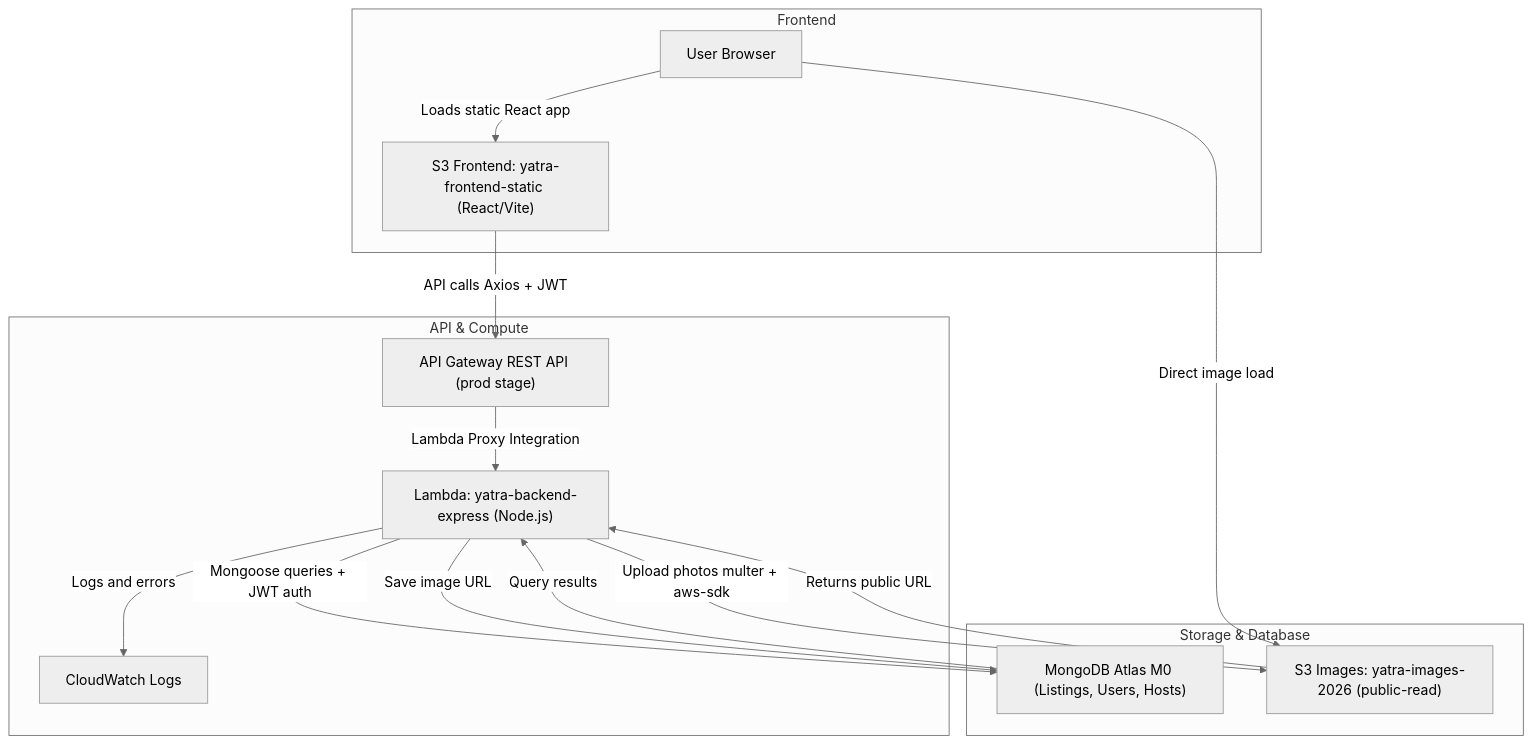
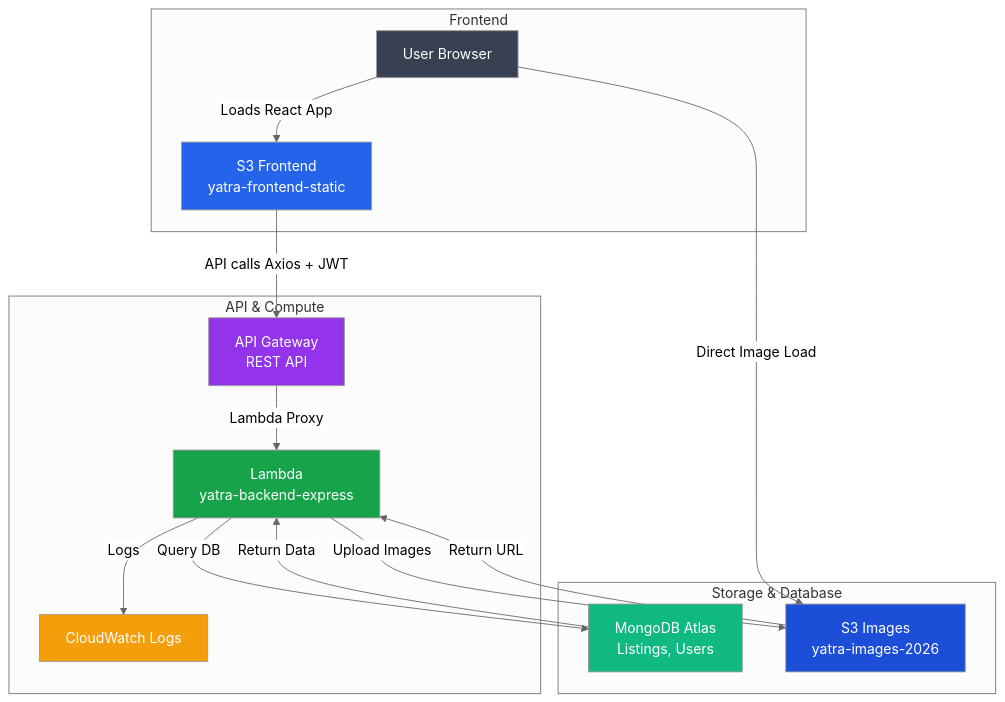
One commit to Dev-Dwuti-Das/Yatra. changed the diagram in README.md. Above: the diagram before and after it, drawn with Mermaid (neutral theme). The commit also changed other lines of this file, not shown here.

````diff
--- a/README.md
+++ b/README.md
@@ -12,36 +11,43 @@
 ```mermaid
 flowchart TB
 
 subgraph Frontend
     User["User Browser"]
-    S3Frontend["S3 Frontend: yatra-frontend-static (React/Vite)"]
+    S3Frontend["S3 Frontend<br/>yatra-frontend-static"]
 end
 
 subgraph "API & Compute"
-    APIGateway["API Gateway REST API (prod stage)"]
-    Lambda["Lambda: yatra-backend-express (Node.js)"]
+    APIGateway["API Gateway<br/>REST API"]
+    Lambda["Lambda<br/>yatra-backend-express"]
     CloudWatch["CloudWatch Logs"]
 end
 
 subgraph "Storage & Database"
-    MongoDB["MongoDB Atlas M0 (Listings, Users, Hosts)"]
-    S3Images["S3 Images: yatra-images-2026 (public-read)"]
+    MongoDB["MongoDB Atlas<br/>Listings, Users"]
+    S3Images["S3 Images<br/>yatra-images-2026"]
 end
 
-User -->|Loads static React app| S3Frontend
+User -->|Loads React App| S3Frontend
+S3Frontend -->|API calls Axios + JWT| APIGateway
+APIGateway -->|Lambda Proxy| Lambda
 
-S3Frontend -->|API calls Axios + JWT| APIGateway
-APIGateway -->|Lambda Proxy Integration| Lambda
+Lambda -->|Logs| CloudWatch
 
-Lambda -->|Logs and errors| CloudWatch
+Lambda -->|Query DB| MongoDB
+MongoDB -->|Return Data| Lambda
 
-Lambda -->|Mongoose queries + JWT auth| MongoDB
-MongoDB -->|Query results| Lambda
+Lambda -->|Upload Images| S3Images
+S3Images -->|Return URL| Lambda
 
-Lambda -->|Upload photos multer + aws-sdk| S3Images
-S3Images -->|Returns public URL| Lambda
+User -->|Direct Image Load| S3Images
 
-Lambda -->|Save image URL| MongoDB
+%% Colors
 
-User -->|Direct image load| S3Images
+style User fill:#374151,color:#fff
+style S3Frontend fill:#2563eb,color:#fff
+style APIGateway fill:#9333ea,color:#fff
+style Lambda fill:#16a34a,color:#fff
+style CloudWatch fill:#f59e0b,color:#fff
+style MongoDB fill:#10b981,color:#fff
+style S3Images fill:#1d4ed8,color:#fff
 ```
````
